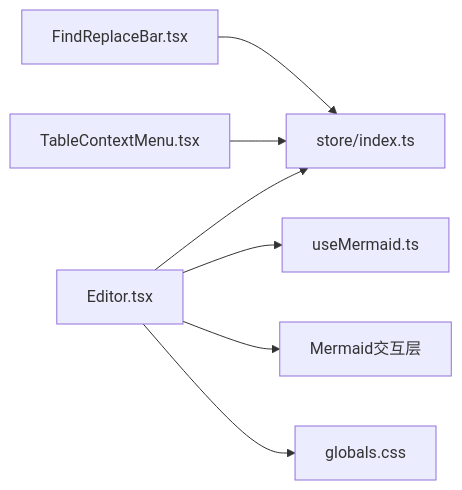
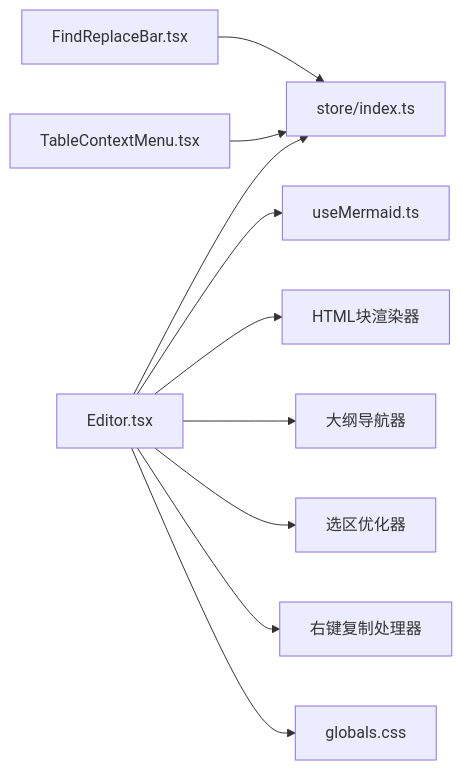
Before and after one commit to gongshiyun/ZenNote: the seventh of 7 diagrams in .qoder/repowiki/zh/content/核心组件/编辑器组件.md, drawn with Mermaid. The commit also changed other lines of this file and 40 other files, not shown here.

````diff
--- a/.qoder/repowiki/zh/content/核心组件/编辑器组件.md
+++ b/.qoder/repowiki/zh/content/核心组件/编辑器组件.md
@@ -320,9 +347,12 @@
 ```mermaid
 graph LR
 E["Editor.tsx"] --> S["store/index.ts"]
 E --> M["useMermaid.ts"]
-E --> I["Mermaid交互层"]
+E --> H["HTML块渲染器"]
+E --> O["大纲导航器"]
+E --> SO["选区优化器"]
+E --> RC["右键复制处理器"]
 F["FindReplaceBar.tsx"] --> S
 T["TableContextMenu.tsx"] --> S
 E --> C["globals.css"]
 ```
````
